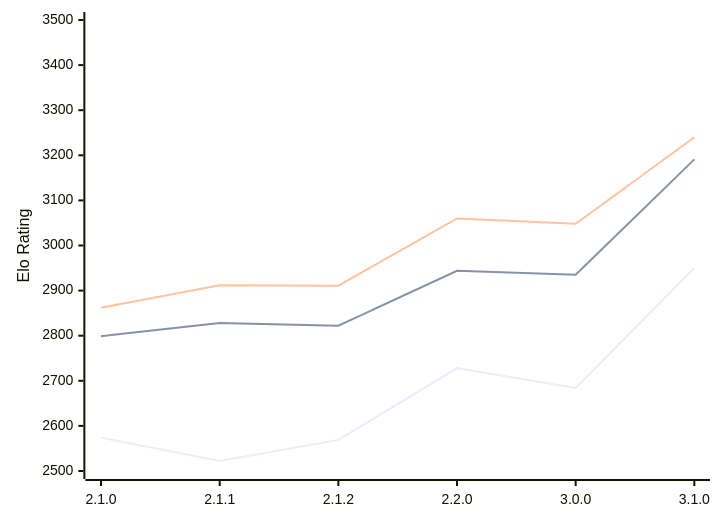
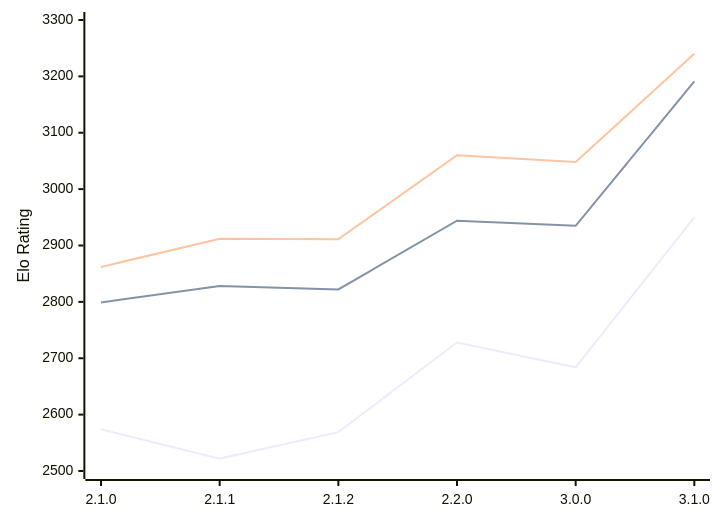
One commit to computer-chess-index/cci changed the diagram in engines/Prune.md. Above: the diagram before and after it, drawn with Mermaid. The commit also changed other lines of this file, not shown here.

Commit message:
Update CCI Ratings (ELO VLTC) - 2026-02-10

````diff
--- a/engines/Prune.md
+++ b/engines/Prune.md
@@ -37,9 +37,9 @@
 ```mermaid
 %%{init: {"theme":"base","themeVariables":{"seriesColors:['#a3a3a3','#222221','#faa371']}}}%%
 xychart-beta
   x-axis ["2.1.0", "2.1.1", "2.1.2", "2.2.0", "3.0.0", "3.1.0"]
-  y-axis "Elo Rating" 2500 --> 3500
+  y-axis "Elo Rating" 2500 --> 3300
   line "STC (8.0+0.08s)" [2574, 2522, 2569, 2728, 2684, 2950]
   line "LTC (60.0+0.60s)" [2799, 2828, 2822, 2944, 2935, 3191]
   line "VLTC (2m24s+1.12s)" [2862, 2912, 2911, 3060, 3048, 3240]
 ```
````
